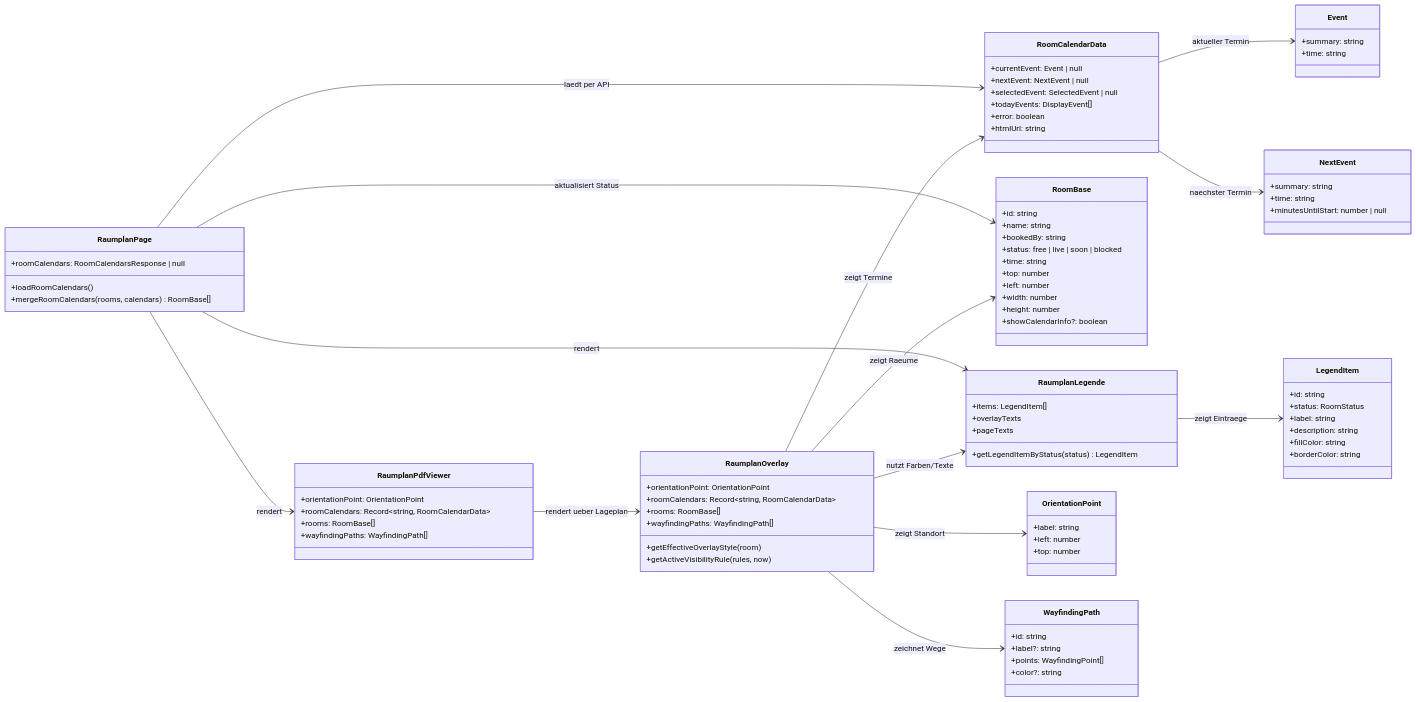
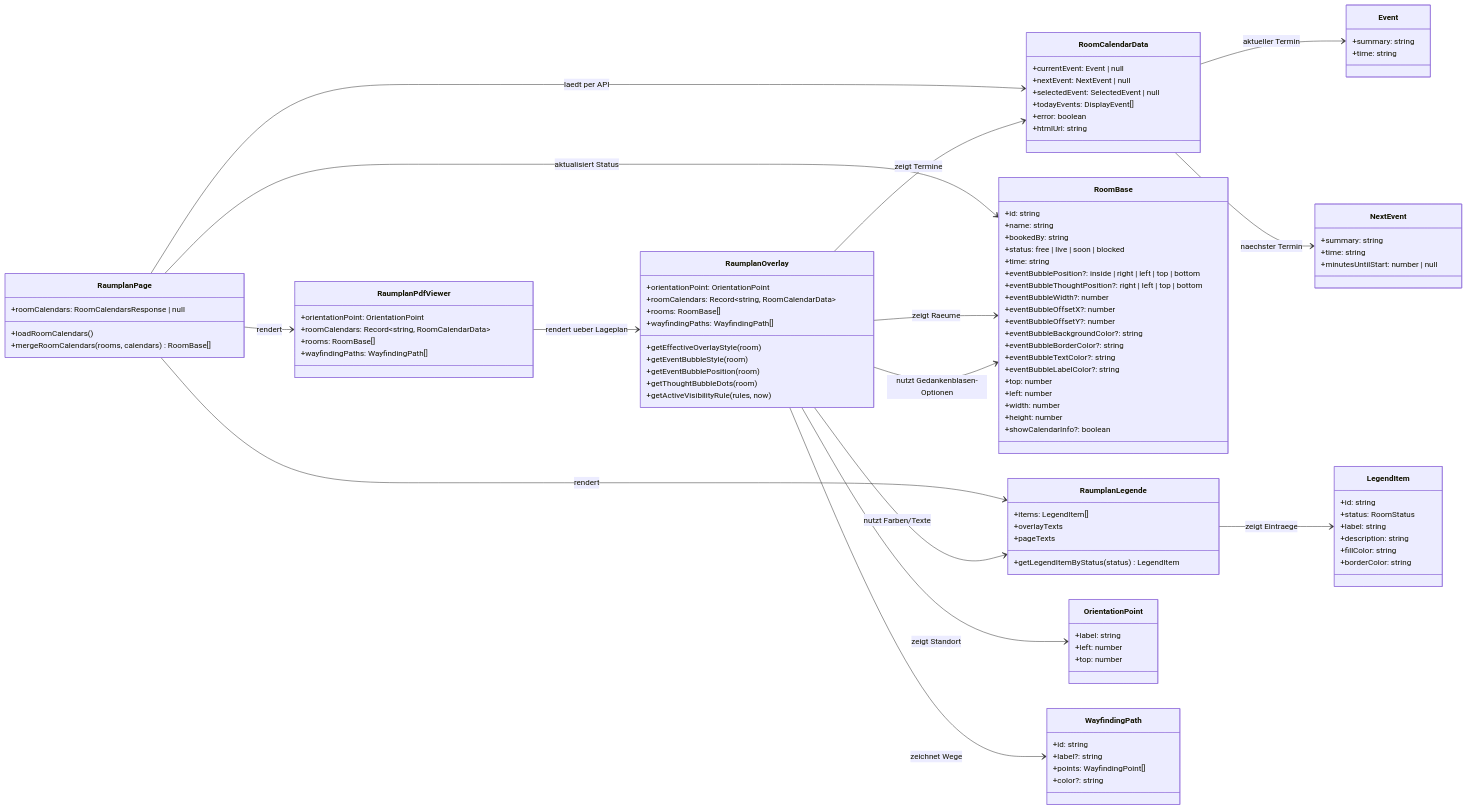
One commit to albertdueck1-svg/Raum--und-Terminuebersicht changed the diagram in docs/klassendiagramm.mmd. Above: the diagram before and after it, drawn with Mermaid. The commit also changed 5 other files, not shown here.

```diff
--- a/docs/klassendiagramm.mmd
+++ b/docs/klassendiagramm.mmd
@@ -1,100 +1,113 @@
 classDiagram
   direction LR
 
   class RaumplanPage {
     +roomCalendars: RoomCalendarsResponse | null
     +loadRoomCalendars()
     +mergeRoomCalendars(rooms, calendars) RoomBase[]
   }
 
   class RaumplanPdfViewer {
     +orientationPoint: OrientationPoint
     +roomCalendars: Record~string, RoomCalendarData~
     +rooms: RoomBase[]
     +wayfindingPaths: WayfindingPath[]
   }
 
   class RaumplanOverlay {
     +orientationPoint: OrientationPoint
     +roomCalendars: Record~string, RoomCalendarData~
     +rooms: RoomBase[]
     +wayfindingPaths: WayfindingPath[]
     +getEffectiveOverlayStyle(room)
+    +getEventBubbleStyle(room)
+    +getEventBubblePosition(room)
+    +getThoughtBubbleDots(room)
     +getActiveVisibilityRule(rules, now)
   }
 
   class RaumplanLegende {
     +items: LegendItem[]
     +overlayTexts
     +pageTexts
     +getLegendItemByStatus(status) LegendItem
   }
 
   class RoomBase {
     +id: string
     +name: string
     +bookedBy: string
     +status: free | live | soon | blocked
     +time: string
+    +eventBubblePosition?: inside | right | left | top | bottom
+    +eventBubbleThoughtPosition?: right | left | top | bottom
+    +eventBubbleWidth?: number
+    +eventBubbleOffsetX?: number
+    +eventBubbleOffsetY?: number
+    +eventBubbleBackgroundColor?: string
+    +eventBubbleBorderColor?: string
+    +eventBubbleTextColor?: string
+    +eventBubbleLabelColor?: string
     +top: number
     +left: number
     +width: number
     +height: number
     +showCalendarInfo?: boolean
   }
 
   class RoomCalendarData {
     +currentEvent: Event | null
     +nextEvent: NextEvent | null
     +selectedEvent: SelectedEvent | null
     +todayEvents: DisplayEvent[]
     +error: boolean
     +htmlUrl: string
   }
 
   class Event {
     +summary: string
     +time: string
   }
 
   class NextEvent {
     +summary: string
     +time: string
     +minutesUntilStart: number | null
   }
 
   class OrientationPoint {
     +label: string
     +left: number
     +top: number
   }
 
   class WayfindingPath {
     +id: string
     +label?: string
     +points: WayfindingPoint[]
     +color?: string
   }
 
   class LegendItem {
     +id: string
     +status: RoomStatus
     +label: string
     +description: string
     +fillColor: string
     +borderColor: string
   }
 
   RaumplanPage --> RaumplanPdfViewer : rendert
   RaumplanPage --> RaumplanLegende : rendert
   RaumplanPage --> RoomCalendarData : laedt per API
   RaumplanPage --> RoomBase : aktualisiert Status
   RaumplanPdfViewer --> RaumplanOverlay : rendert ueber Lageplan
   RaumplanOverlay --> RoomBase : zeigt Raeume
   RaumplanOverlay --> RoomCalendarData : zeigt Termine
   RaumplanOverlay --> OrientationPoint : zeigt Standort
   RaumplanOverlay --> WayfindingPath : zeichnet Wege
   RaumplanOverlay --> RaumplanLegende : nutzt Farben/Texte
+  RaumplanOverlay --> RoomBase : nutzt Gedankenblasen-Optionen
   RaumplanLegende --> LegendItem : zeigt Eintraege
   RoomCalendarData --> Event : aktueller Termin
   RoomCalendarData --> NextEvent : naechster Termin
```
